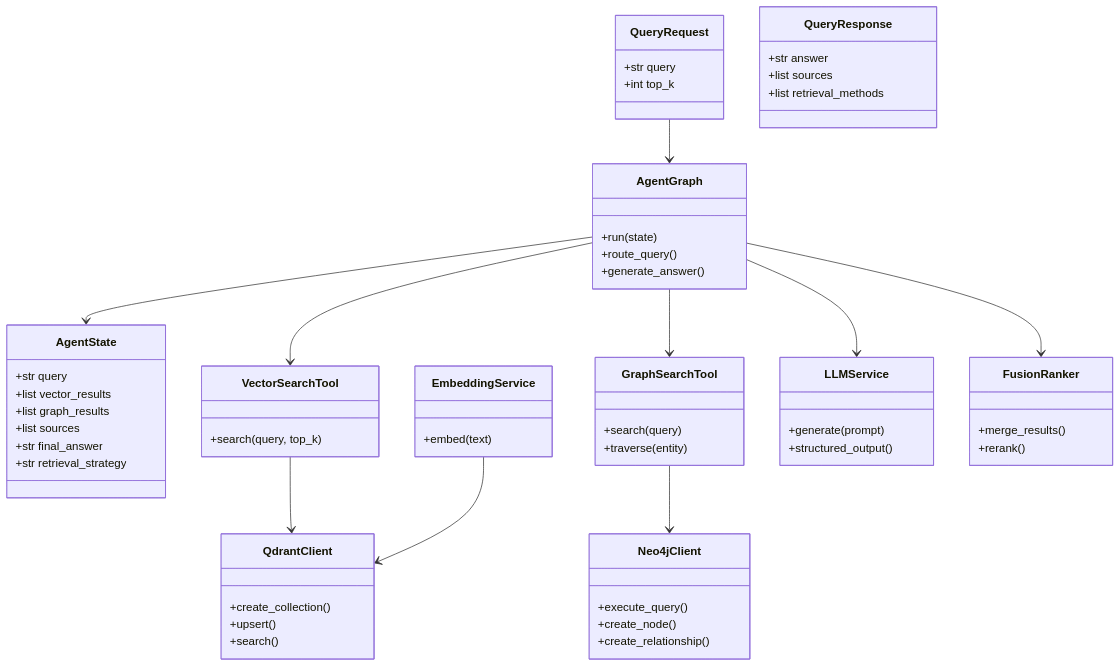
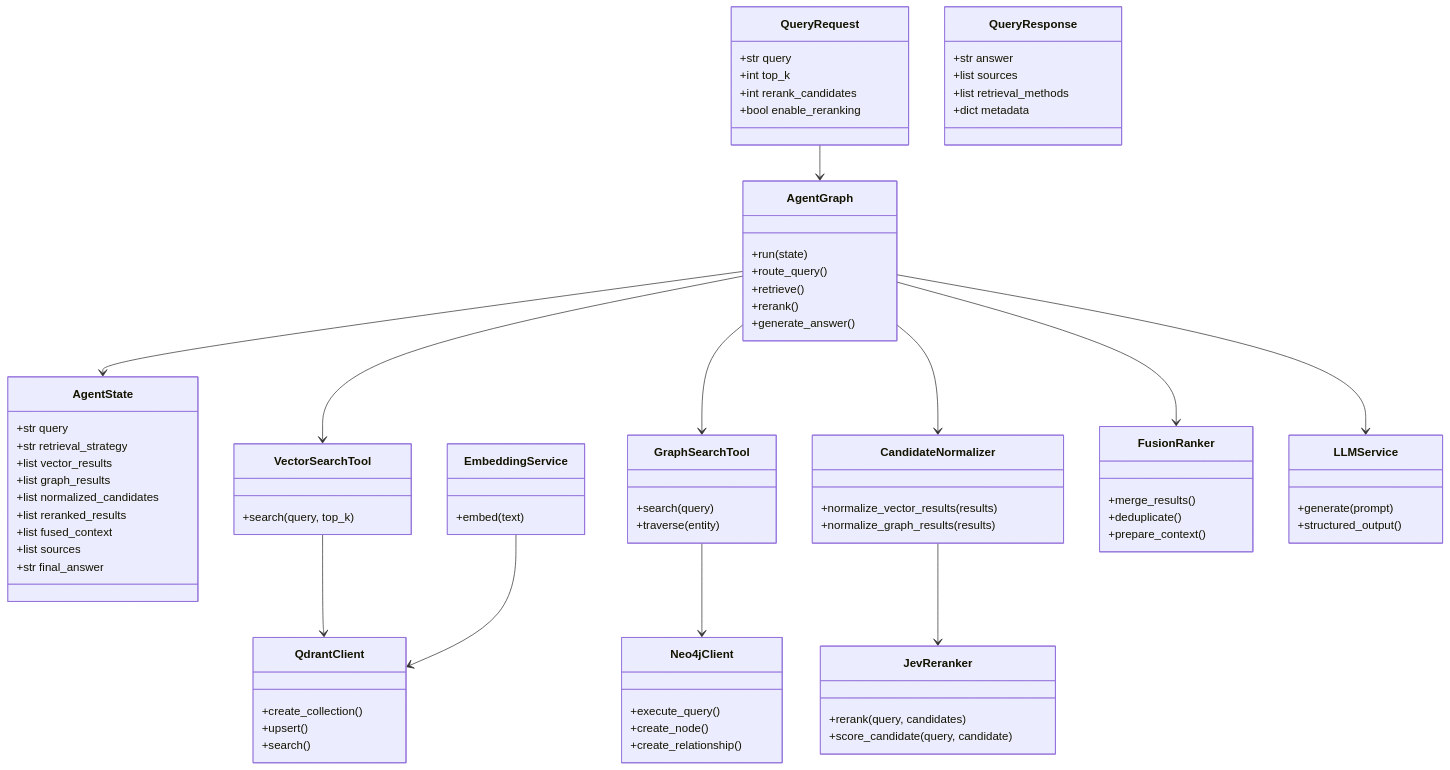
Before and after one commit to adarshmadhusoodanan/agentic-graph-rag: the diagram in docs/05_class_diagram.md, drawn with Mermaid. The commit also changed other lines of this file and 8 other files, not shown here.

Commit message:
doc: implementation docs for integrating jev for improving accuracy and caliberated probability for getting right answers for query

```diff
--- a/docs/05_class_diagram.md
+++ b/docs/05_class_diagram.md
@@ -6,21 +6,27 @@
     class QueryRequest {
         +str query
         +int top_k
+        +int rerank_candidates
+        +bool enable_reranking
     }
 
     class QueryResponse {
         +str answer
         +list sources
         +list retrieval_methods
+        +dict metadata
     }
 
     class AgentState {
         +str query
+        +str retrieval_strategy
         +list vector_results
         +list graph_results
+        +list normalized_candidates
+        +list reranked_results
+        +list fused_context
         +list sources
         +str final_answer
-        +str retrieval_strategy
     }
 
     class VectorSearchTool {
@@ -48,19 +54,32 @@
         +embed(text)
     }
 
+    class CandidateNormalizer {
+        +normalize_vector_results(results)
+        +normalize_graph_results(results)
+    }
+
+    class JevReranker {
+        +rerank(query, candidates)
+        +score_candidate(query, candidate)
+    }
+
+    class FusionRanker {
+        +merge_results()
+        +deduplicate()
+        +prepare_context()
+    }
+
     class LLMService {
         +generate(prompt)
         +structured_output()
     }
 
-    class FusionRanker {
-        +merge_results()
-        +rerank()
-    }
-
     class AgentGraph {
         +run(state)
         +route_query()
+        +retrieve()
+        +rerank()
         +generate_answer()
     }
 
@@ -70,6 +89,8 @@
     AgentGraph --> GraphSearchTool
     VectorSearchTool --> QdrantClient
     GraphSearchTool --> Neo4jClient
+    AgentGraph --> CandidateNormalizer
+    CandidateNormalizer --> JevReranker
     AgentGraph --> FusionRanker
     AgentGraph --> LLMService
     EmbeddingService --> QdrantClient
```
